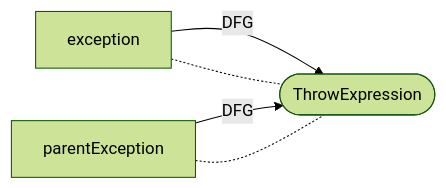
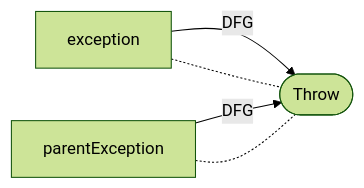
Before and after one commit to Fraunhofer-AISEC/cpg: diagram 27 of 40 in docs/docs/CPG/specs/dfg.md, drawn with Mermaid (forest theme). The commit also changed other lines of this file and 403 other files, not shown here.

````diff
--- a/docs/docs/CPG/specs/dfg.md
+++ b/docs/docs/CPG/specs/dfg.md
@@ -524,7 +524,7 @@
 ```mermaid
   flowchart LR
-    exception -- DFG --> node([ThrowExpression]);
+    exception -- DFG --> node([Throw]);
     parentException -- DFG --> node;
     exception -.- node;
     parentException -.- node;
 ```
````
